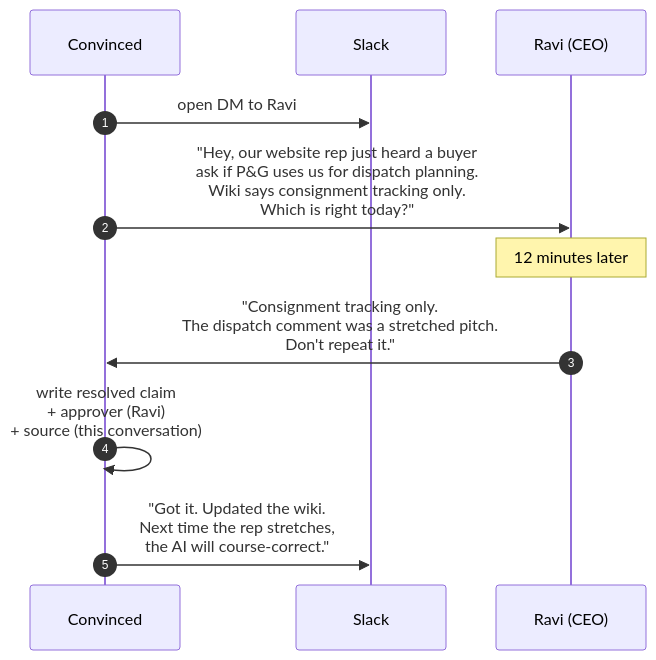
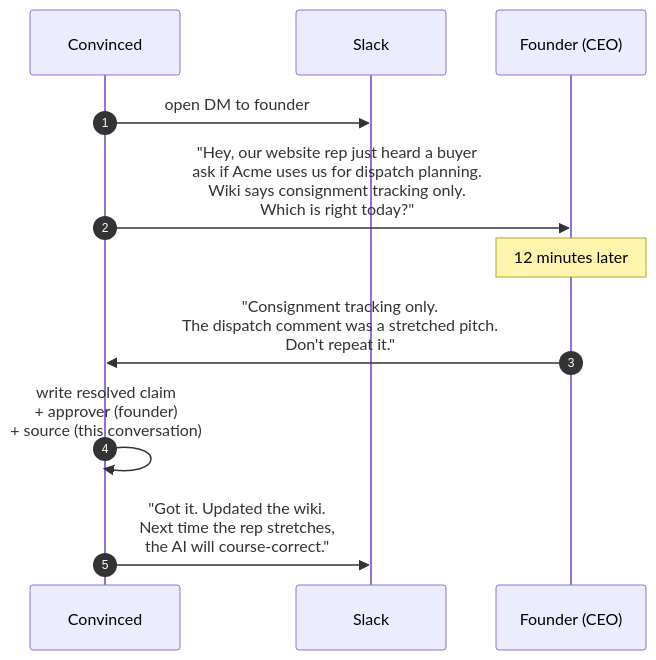
The ninth of 10 diagrams in src/data/blog/belief-based-systems.md (lazycoder1/personal-blog), drawn with Mermaid before and after one commit. The commit also changed other lines of this file, not shown here.

````diff
--- a/src/data/blog/belief-based-systems.md
+++ b/src/data/blog/belief-based-systems.md
@@ -383,14 +383,14 @@
 ```mermaid
 sequenceDiagram
   autonumber
   participant Sys as Convinced
   participant Slack as Slack
-  participant Ravi as Ravi (CEO)
+  participant Founder as Founder (CEO)
 
-  Sys->>Slack: open DM to Ravi
-  Sys->>Ravi: "Hey, our website rep just heard a buyer<br/>ask if P&G uses us for dispatch planning.<br/>Wiki says consignment tracking only.<br/>Which is right today?"
-  Note over Ravi: 12 minutes later
-  Ravi->>Sys: "Consignment tracking only.<br/>The dispatch comment was a stretched pitch.<br/>Don't repeat it."
-  Sys->>Sys: write resolved claim<br/>+ approver (Ravi)<br/>+ source (this conversation)
+  Sys->>Slack: open DM to founder
+  Sys->>Founder: "Hey, our website rep just heard a buyer<br/>ask if Acme uses us for dispatch planning.<br/>Wiki says consignment tracking only.<br/>Which is right today?"
+  Note over Founder: 12 minutes later
+  Founder->>Sys: "Consignment tracking only.<br/>The dispatch comment was a stretched pitch.<br/>Don't repeat it."
+  Sys->>Sys: write resolved claim<br/>+ approver (founder)<br/>+ source (this conversation)
   Sys->>Slack: "Got it. Updated the wiki.<br/>Next time the rep stretches,<br/>the AI will course-correct."
 ```
````
